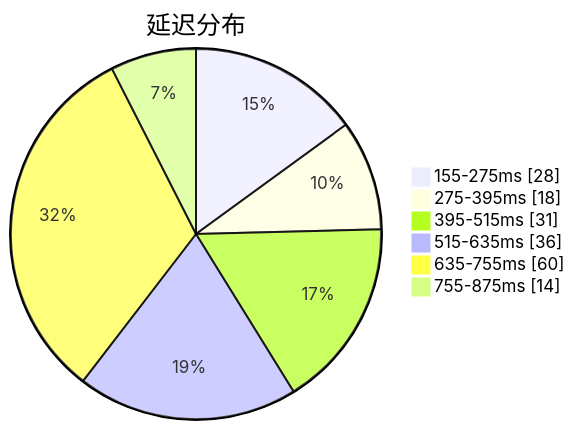
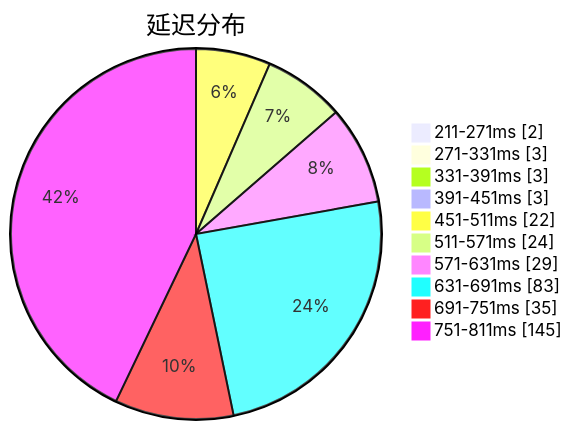
The first of 3 diagrams in subs/statistics/tested_within.md (qjlxg/airport), drawn with Mermaid before and after one commit. The commit also changed other lines of this file and 2 other files, not shown here.

Commit message:
Tested by metaST

````diff
--- a/subs/statistics/tested_within.md
+++ b/subs/statistics/tested_within.md
@@ -2,10 +2,14 @@
 ```mermaid
 pie showData
 title 延迟分布
-"155-275ms" : 28
-"275-395ms" : 18
-"395-515ms" : 31
-"515-635ms" : 36
-"635-755ms" : 60
-"755-875ms" : 14
+"211-271ms" : 2
+"271-331ms" : 3
+"331-391ms" : 3
+"391-451ms" : 3
+"451-511ms" : 22
+"511-571ms" : 24
+"571-631ms" : 29
+"631-691ms" : 83
+"691-751ms" : 35
+"751-811ms" : 145
 ```
````
